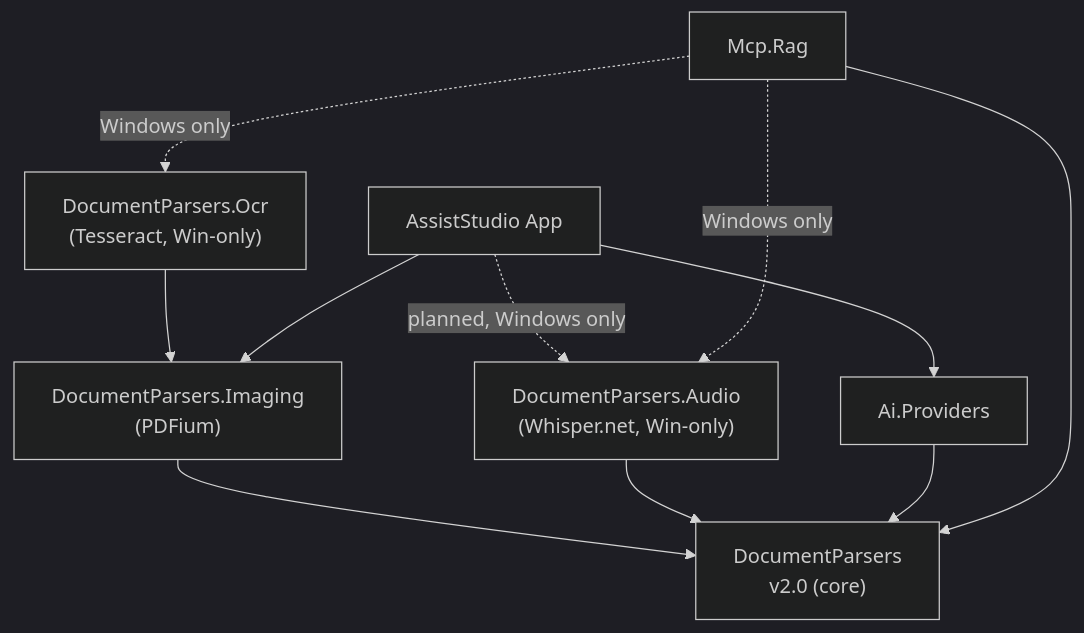
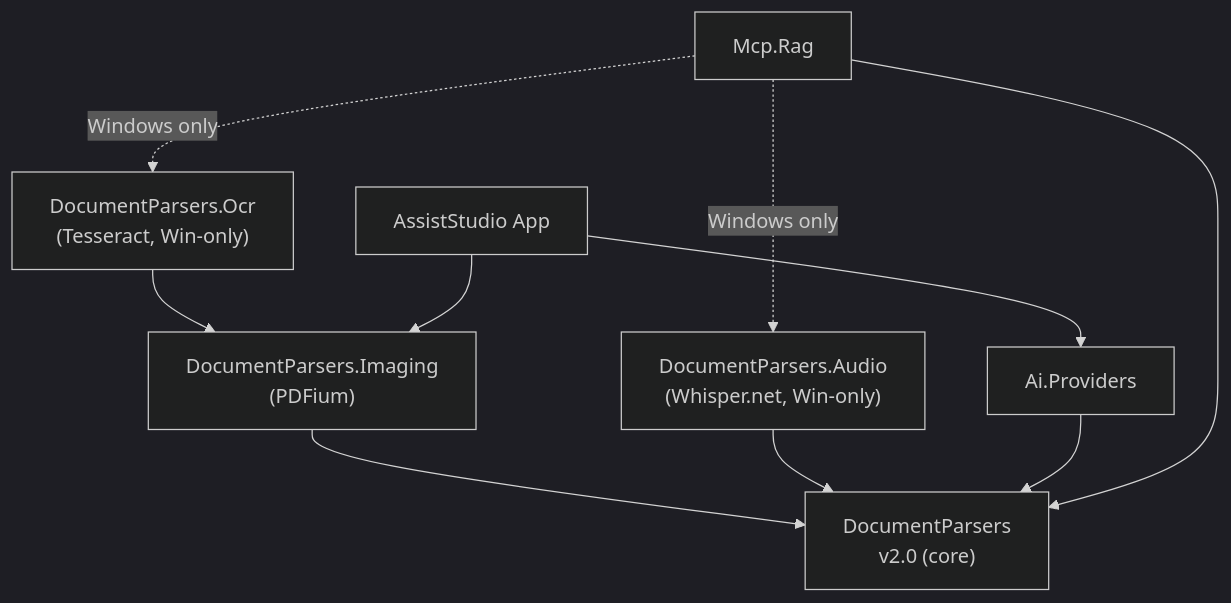
Before and after one commit to fieldcure/fieldcure-assiststudio: the second of 3 diagrams in docs/dependencies.md, drawn with Mermaid (dark theme). The commit also changed other lines of this file and 1 other file, not shown here.

````diff
--- a/docs/dependencies.md
+++ b/docs/dependencies.md
@@ -30,25 +30,24 @@
 ```mermaid
 graph TD
     App["AssistStudio App"]
     Rag["Mcp.Rag"]
 
     Prov["Ai.Providers"]
 
     DP["DocumentParsers<br/>v2.0 (core)"]
     DPImg["DocumentParsers.Imaging<br/>(PDFium)"]
     DPOcr["DocumentParsers.Ocr<br/>(Tesseract, Win-only)"]
     DPAudio["DocumentParsers.Audio<br/>(Whisper.net, Win-only)"]
 
     DPImg --> DP
     DPOcr --> DPImg
     DPAudio --> DP
 
     App --> Prov
     App --> DPImg
-    App -. "planned, Windows only" .-> DPAudio
     Prov --> DP
 
     Rag --> DP
     Rag -. "Windows only" .-> DPOcr
     Rag -. "Windows only" .-> DPAudio
 ```
````
